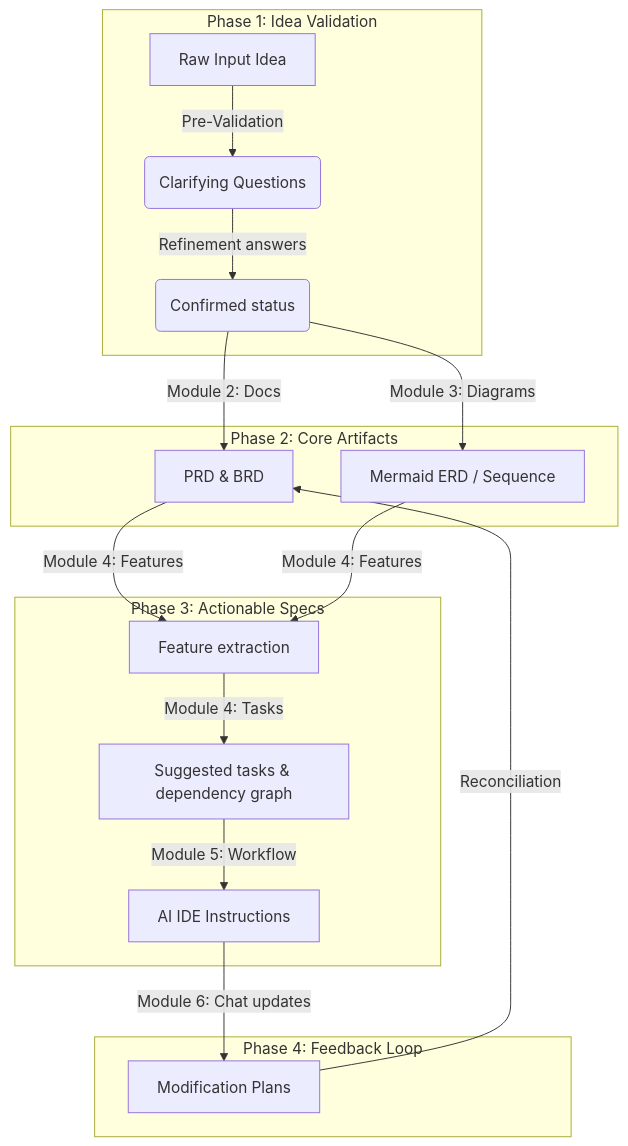
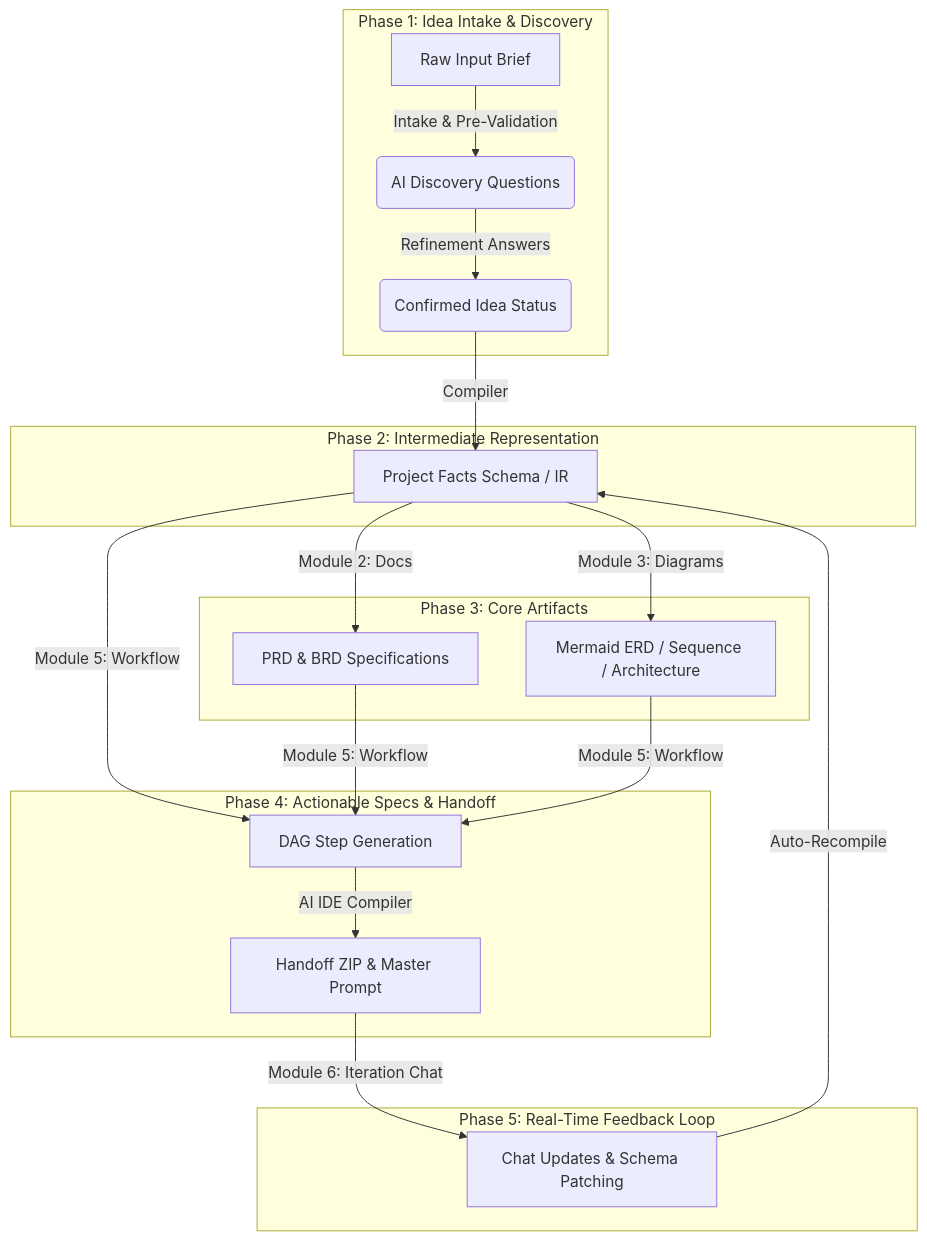
One commit to ABDELRAHMAN-ELRAYES/PAD changed the second of 2 diagrams in README.md. Above: the diagram before and after it, drawn with Mermaid. The commit also changed other lines of this file and 3 other files, not shown here.

Commit message:
docs: update root, server, and module documentation for NestJS and raw SQL architecture

````diff
--- a/README.md
+++ b/README.md
@@ -102,23 +105,26 @@
 ```mermaid
 flowchart TD
-    subgraph Phase1 [Phase 1: Idea Validation]
-        A[Raw Input Idea] -->|Pre-Validation| B(Clarifying Questions)
-        B -->|Refinement answers| C(Confirmed status)
+    subgraph Phase1 [Phase 1: Idea Intake & Discovery]
+        A[Raw Input Brief] -->|Intake & Pre-Validation| B(AI Discovery Questions)
+        B -->|Refinement Answers| C(Confirmed Idea Status)
     end
 
-    subgraph Phase2 [Phase 2: Core Artifacts]
-        C -->|Module 2: Docs| D[PRD & BRD]
-        C -->|Module 3: Diagrams| E[Mermaid ERD / Sequence]
+    subgraph Phase2 [Phase 2: Intermediate Representation]
+        C -->|Compiler| IR[Project Facts Schema / IR]
     end
 
-    subgraph Phase3 [Phase 3: Actionable Specs]
-        D & E -->|Module 4: Features| F[Feature extraction]
-        F -->|Module 4: Tasks| G[Suggested tasks & dependency graph]
-        G -->|Module 5: Workflow| H[AI IDE Instructions]
+    subgraph Phase3 [Phase 3: Core Artifacts]
+        IR -->|Module 2: Docs| D[PRD & BRD Specifications]
+        IR -->|Module 3: Diagrams| E[Mermaid ERD / Sequence / Architecture]
     end
 
-    subgraph Phase4 [Phase 4: Feedback Loop]
-        H -->|Module 6: Chat updates| I[Modification Plans]
-        I -->|Reconciliation| D
+    subgraph Phase4 [Phase 4: Actionable Specs & Handoff]
+        IR & D & E -->|Module 5: Workflow| F[DAG Step Generation]
+        F -->|AI IDE Compiler| G[Handoff ZIP & Master Prompt]
+    end
+
+    subgraph Phase5 [Phase 5: Real-Time Feedback Loop]
+        G -->|Module 6: Iteration Chat| H[Chat Updates & Schema Patching]
+        H -->|Auto-Recompile| IR
     end
 ```
````
